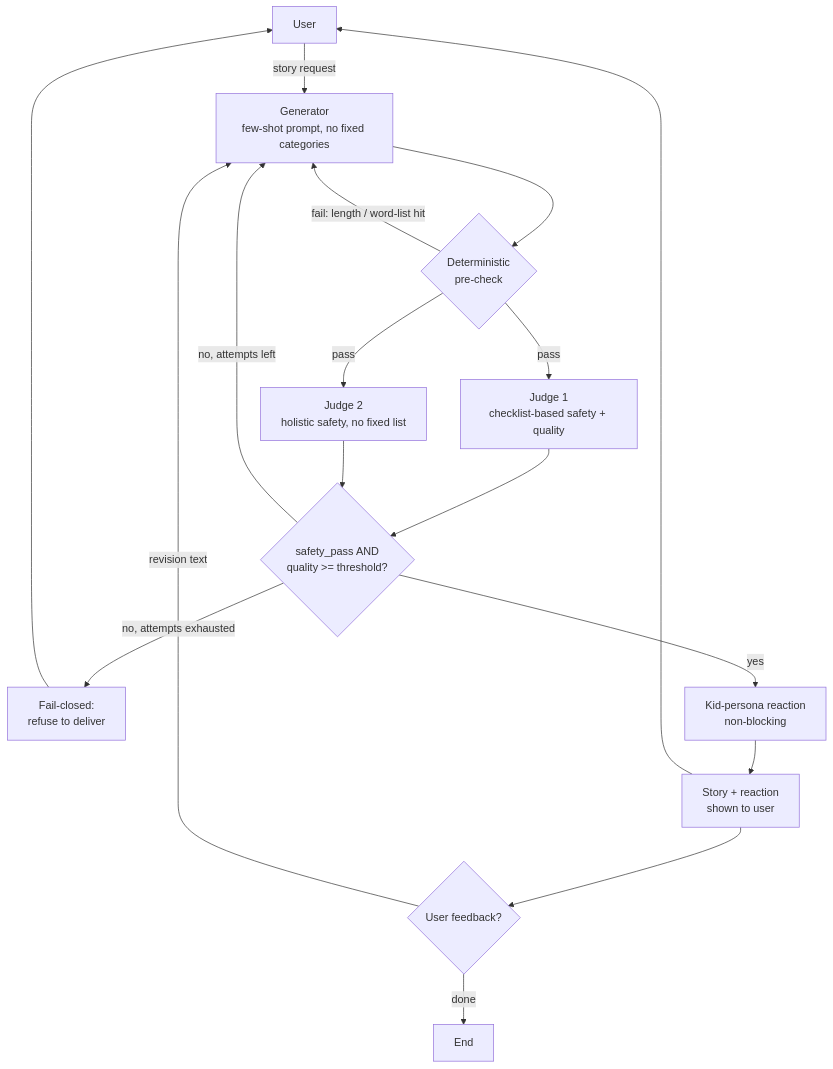
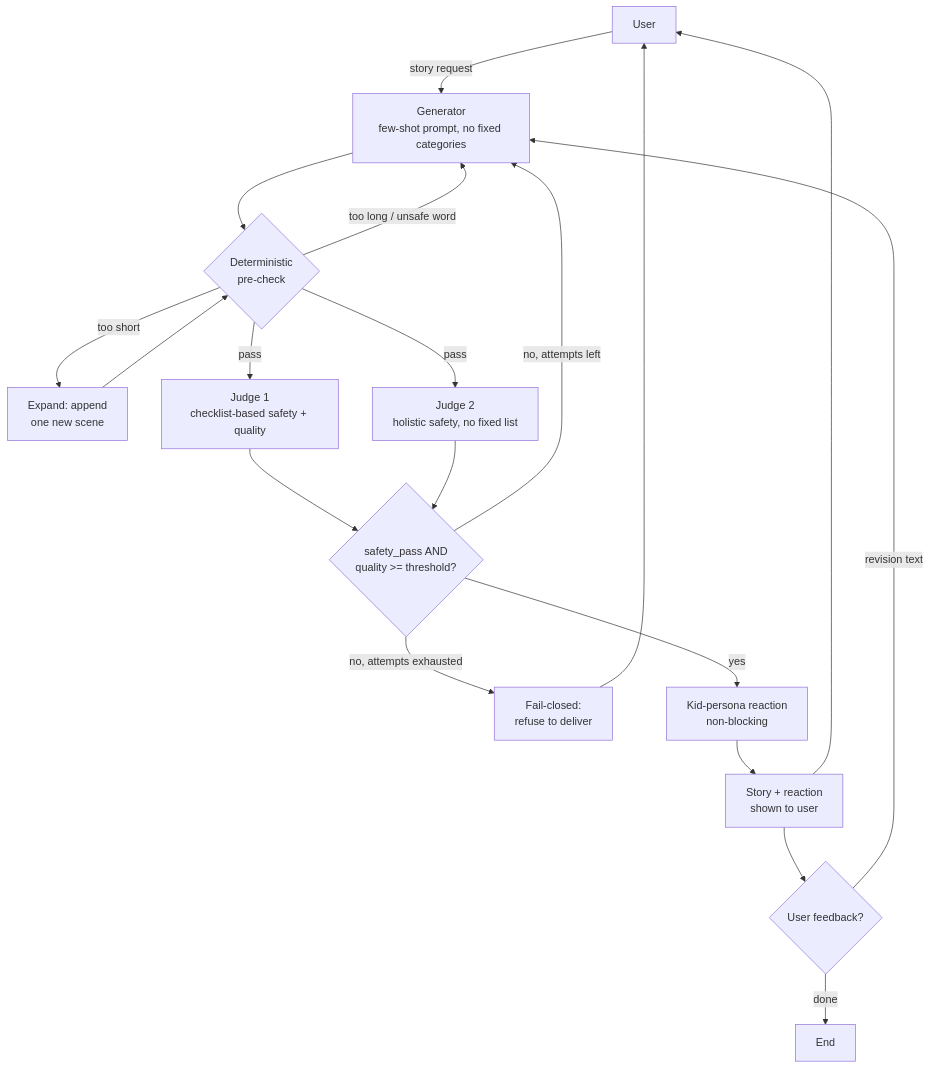
One commit to Krishnap1116/hippocratic-storyteller changed the diagram in DESIGN.md. Above: the diagram before and after it, drawn with Mermaid. The commit also changed other lines of this file, not shown here.

````diff
--- a/DESIGN.md
+++ b/DESIGN.md
@@ -13,19 +13,21 @@
 ```mermaid
 flowchart TD
     U[User] -->|story request| G[Generator\nfew-shot prompt, no fixed categories]
     G --> PC{Deterministic\npre-check}
-    PC -->|fail: length / word-list hit| G
+    PC -->|too short| EXP[Expand: append\none new scene]
+    EXP --> PC
+    PC -->|too long / unsafe word| G
     PC -->|pass| J1[Judge 1\nchecklist-based safety + quality]
     PC -->|pass| J2[Judge 2\nholistic safety, no fixed list]
     J1 --> D{safety_pass AND\nquality >= threshold?}
     J2 --> D
     D -->|no, attempts left| G
     D -->|no, attempts exhausted| REFUSE[Fail-closed:\nrefuse to deliver]
     D -->|yes| K[Kid-persona reaction\nnon-blocking]
     K --> OUT[Story + reaction\nshown to user]
     OUT --> FB{User feedback?}
     FB -->|revision text| G
     FB -->|done| END[End]
     REFUSE --> U
     OUT --> U
 ```
````
